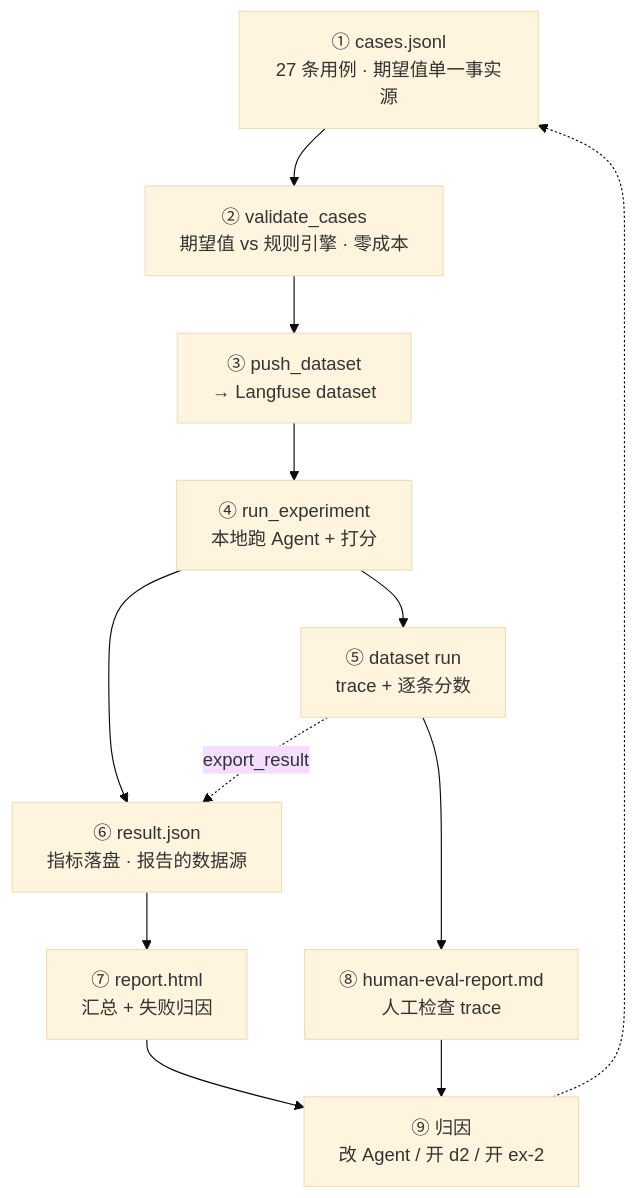
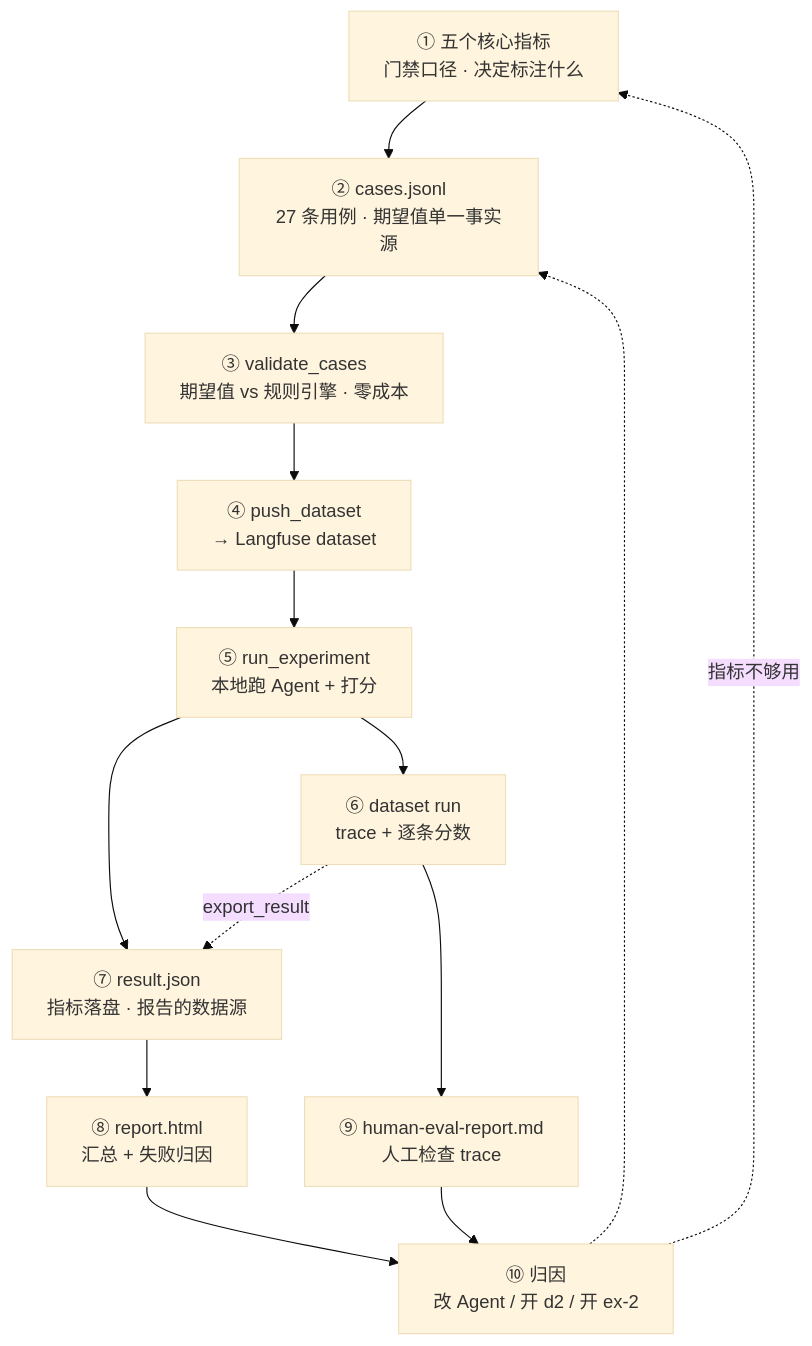
Before and after one commit to tiltwind/refund-agent: the diagram in doc/get-start/5-dataset.md, drawn with Mermaid (base theme). The commit also changed other lines of this file and 7 other files, not shown here.

````diff
--- a/doc/get-start/5-dataset.md
+++ b/doc/get-start/5-dataset.md
@@ -9,18 +321,20 @@
 ```mermaid
 flowchart TB
-    CASES["① cases.jsonl<br/>27 条用例 · 期望值单一事实源"]
-    VALID["② validate_cases<br/>期望值 vs 规则引擎 · 零成本"]
-    PUSH["③ push_dataset<br/>→ Langfuse dataset"]
-    RUN["④ run_experiment<br/>本地跑 Agent + 打分"]
-    LF["⑤ dataset run<br/>trace + 逐条分数"]
-    RESULT["⑥ result.json<br/>指标落盘 · 报告的数据源"]
-    HTML["⑦ report.html<br/>汇总 + 失败归因"]
-    HUMAN["⑧ human-eval-report.md<br/>人工检查 trace"]
-    NEXT["⑨ 归因<br/>改 Agent / 开 d2 / 开 ex-2"]
+    METRIC["① 五个核心指标<br/>门禁口径 · 决定标注什么"]
+    CASES["② cases.jsonl<br/>27 条用例 · 期望值单一事实源"]
+    VALID["③ validate_cases<br/>期望值 vs 规则引擎 · 零成本"]
+    PUSH["④ push_dataset<br/>→ Langfuse dataset"]
+    RUN["⑤ run_experiment<br/>本地跑 Agent + 打分"]
+    LF["⑥ dataset run<br/>trace + 逐条分数"]
+    RESULT["⑦ result.json<br/>指标落盘 · 报告的数据源"]
+    HTML["⑧ report.html<br/>汇总 + 失败归因"]
+    HUMAN["⑨ human-eval-report.md<br/>人工检查 trace"]
+    NEXT["⑩ 归因<br/>改 Agent / 开 d2 / 开 ex-2"]
 
-    CASES --> VALID --> PUSH --> RUN --> LF
+    METRIC --> CASES --> VALID --> PUSH --> RUN --> LF
     RUN --> RESULT --> HTML --> NEXT
     LF -.->|export_result| RESULT
     LF --> HUMAN --> NEXT
     NEXT -.-> CASES
+    NEXT -.->|指标不够用| METRIC
 ```
````
